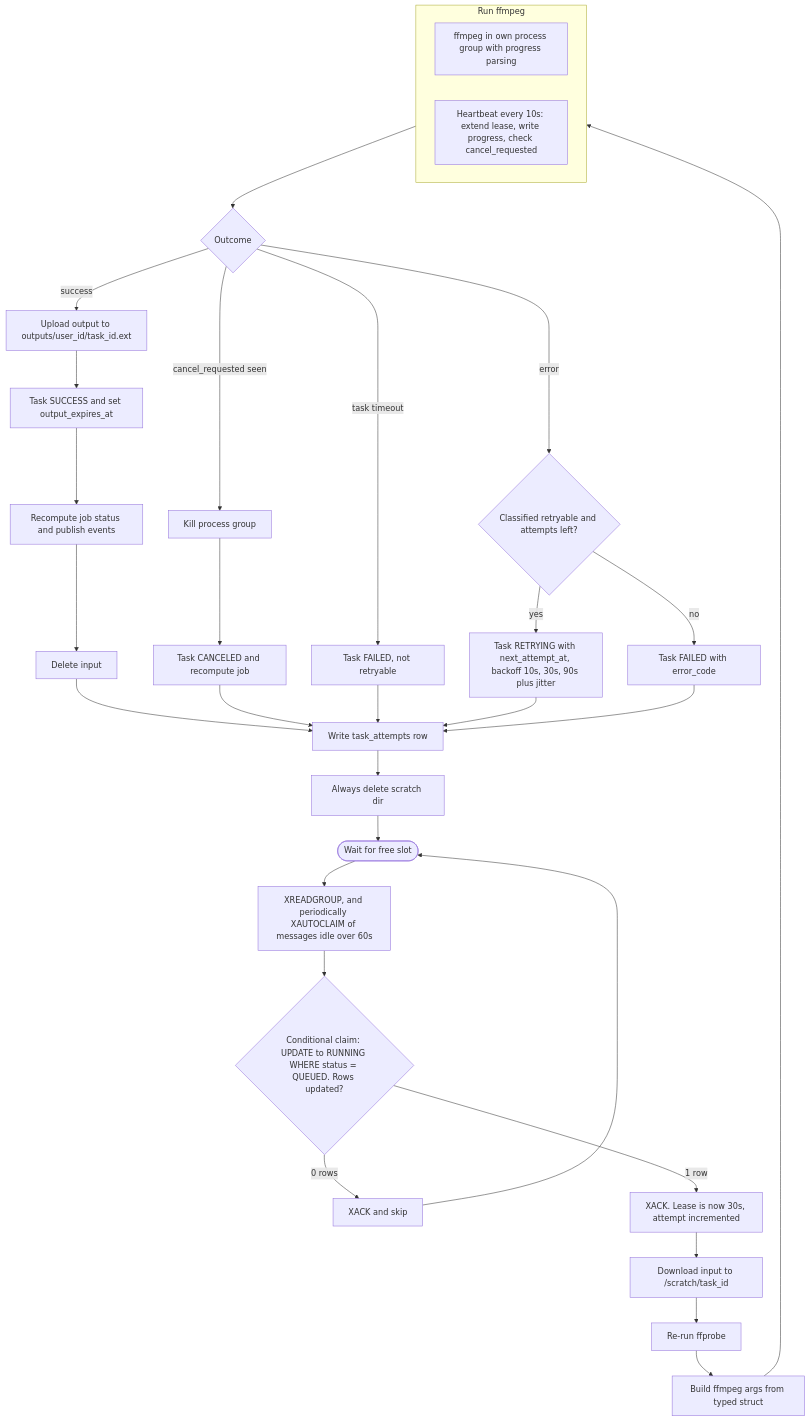
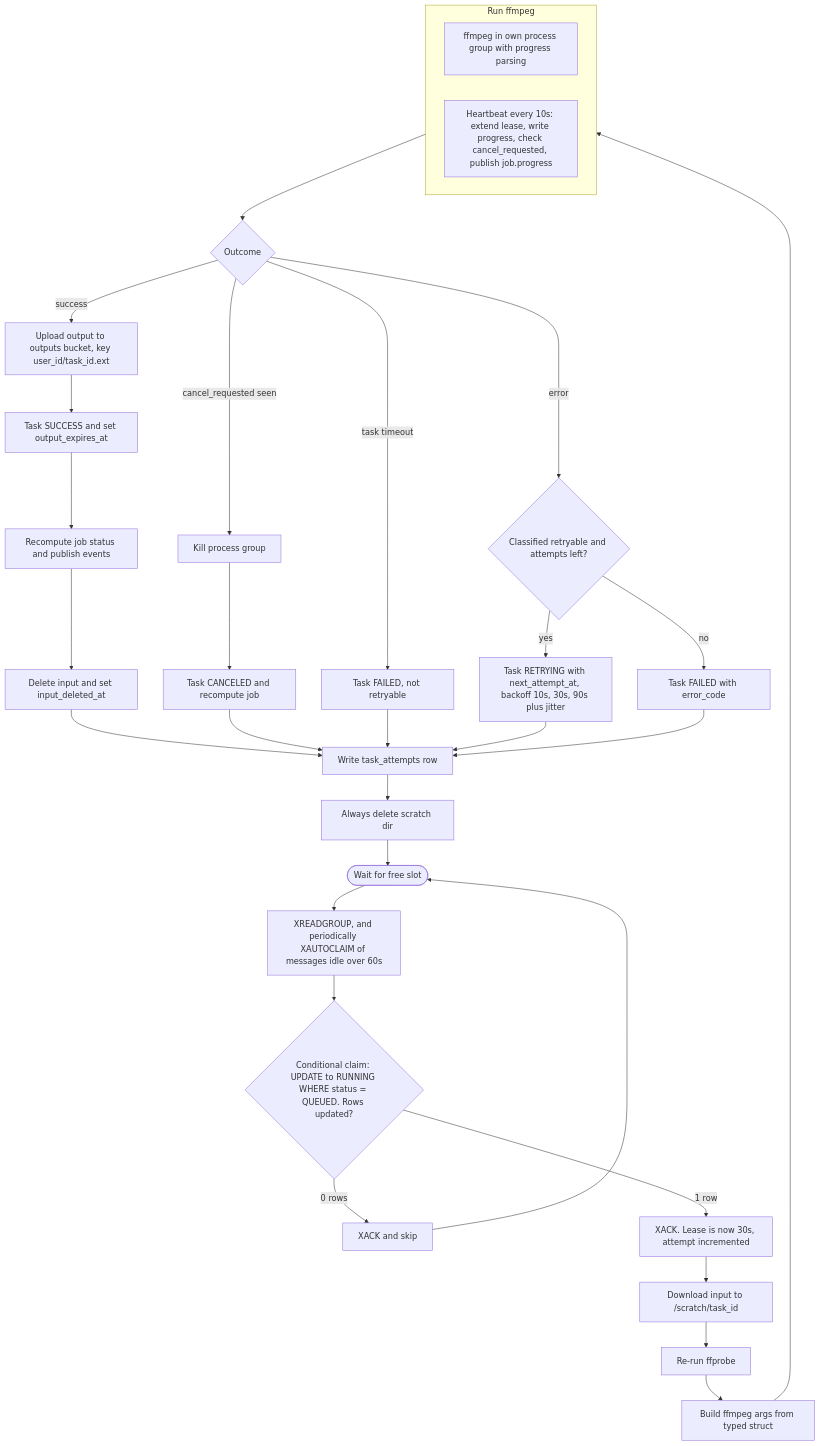
One commit to MardonBa/transcoding-job-scheduler changed the diagram in docs/diagrams/activity/worker-task-lifecycle.md. Above: the diagram before and after it, drawn with Mermaid. The commit also changed other lines of this file and 31 other files, not shown here.

````diff
--- a/docs/diagrams/activity/worker-task-lifecycle.md
+++ b/docs/diagrams/activity/worker-task-lifecycle.md
@@ -5,37 +5,37 @@
 ```mermaid
 flowchart TD
     W(["Wait for free slot"]) --> R["XREADGROUP, and periodically XAUTOCLAIM of messages idle over 60s"]
     R --> C{"Conditional claim: UPDATE to RUNNING WHERE status = QUEUED. Rows updated?"}
     C -- "0 rows" --> X1["XACK and skip"]
     X1 --> W
     C -- "1 row" --> X2["XACK. Lease is now 30s, attempt incremented"]
     X2 --> D["Download input to /scratch/task_id"]
     D --> P["Re-run ffprobe"]
     P --> B["Build ffmpeg args from typed struct"]
     B --> F
 
     subgraph F["Run ffmpeg"]
         direction LR
         F1["ffmpeg in own process group with progress parsing"]
-        F2["Heartbeat every 10s: extend lease, write progress, check cancel_requested"]
+        F2["Heartbeat every 10s: extend lease, write progress, check cancel_requested, publish job.progress"]
     end
 
     F --> O{"Outcome"}
-    O -- success --> S1["Upload output to outputs/user_id/task_id.ext"]
+    O -- success --> S1["Upload output to outputs bucket, key user_id/task_id.ext"]
     S1 --> S2["Task SUCCESS and set output_expires_at"]
     S2 --> S3["Recompute job status and publish events"]
-    S3 --> S4["Delete input"]
+    S3 --> S4["Delete input and set input_deleted_at"]
     O -- "cancel_requested seen" --> C1["Kill process group"]
     C1 --> C2["Task CANCELED and recompute job"]
     O -- "task timeout" --> T1["Task FAILED, not retryable"]
     O -- error --> E1{"Classified retryable and attempts left?"}
     E1 -- yes --> E2["Task RETRYING with next_attempt_at, backoff 10s, 30s, 90s plus jitter"]
     E1 -- no --> E3["Task FAILED with error_code"]
     S4 --> A["Write task_attempts row"]
     C2 --> A
     T1 --> A
     E2 --> A
     E3 --> A
     A --> Z["Always delete scratch dir"]
     Z --> W
 ```
````
